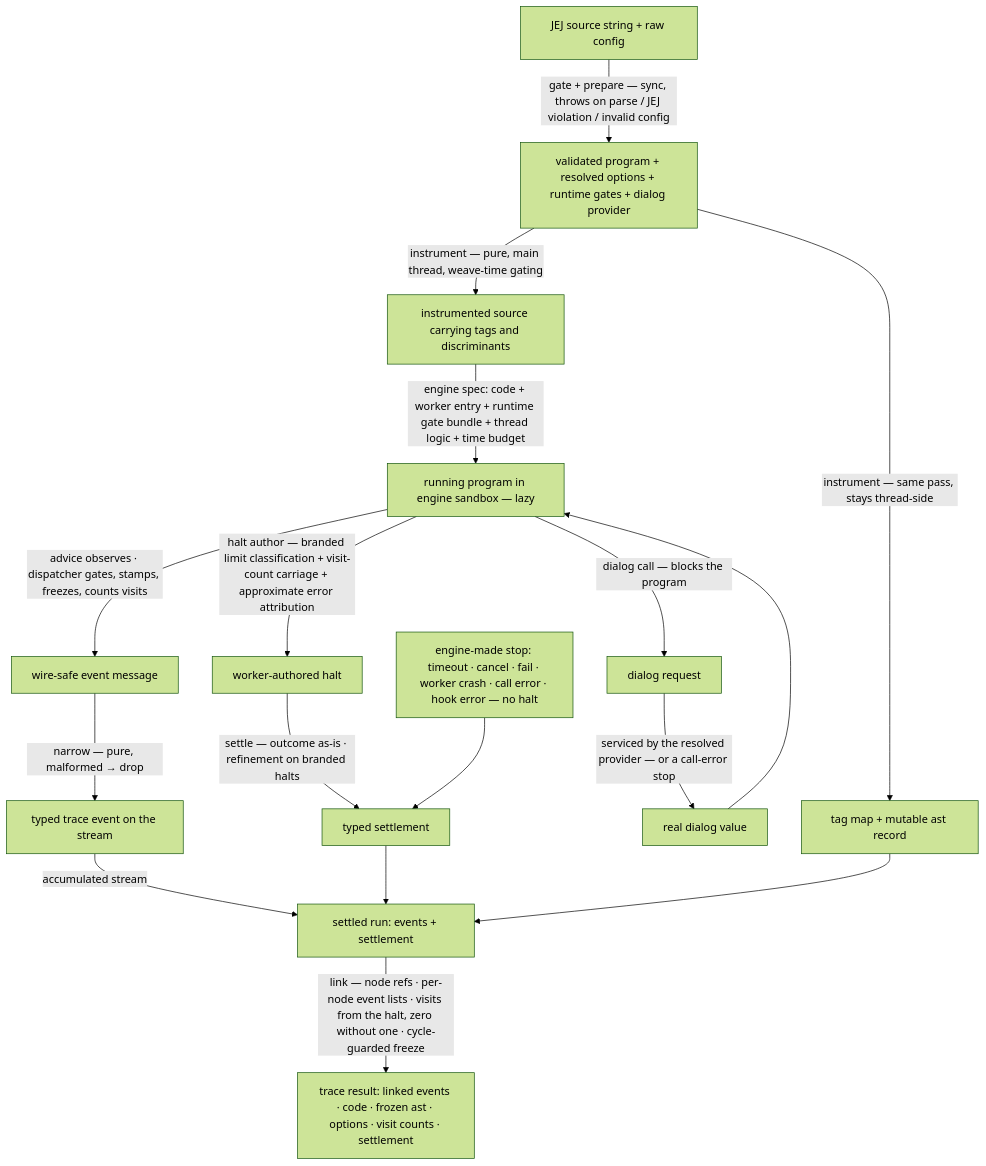
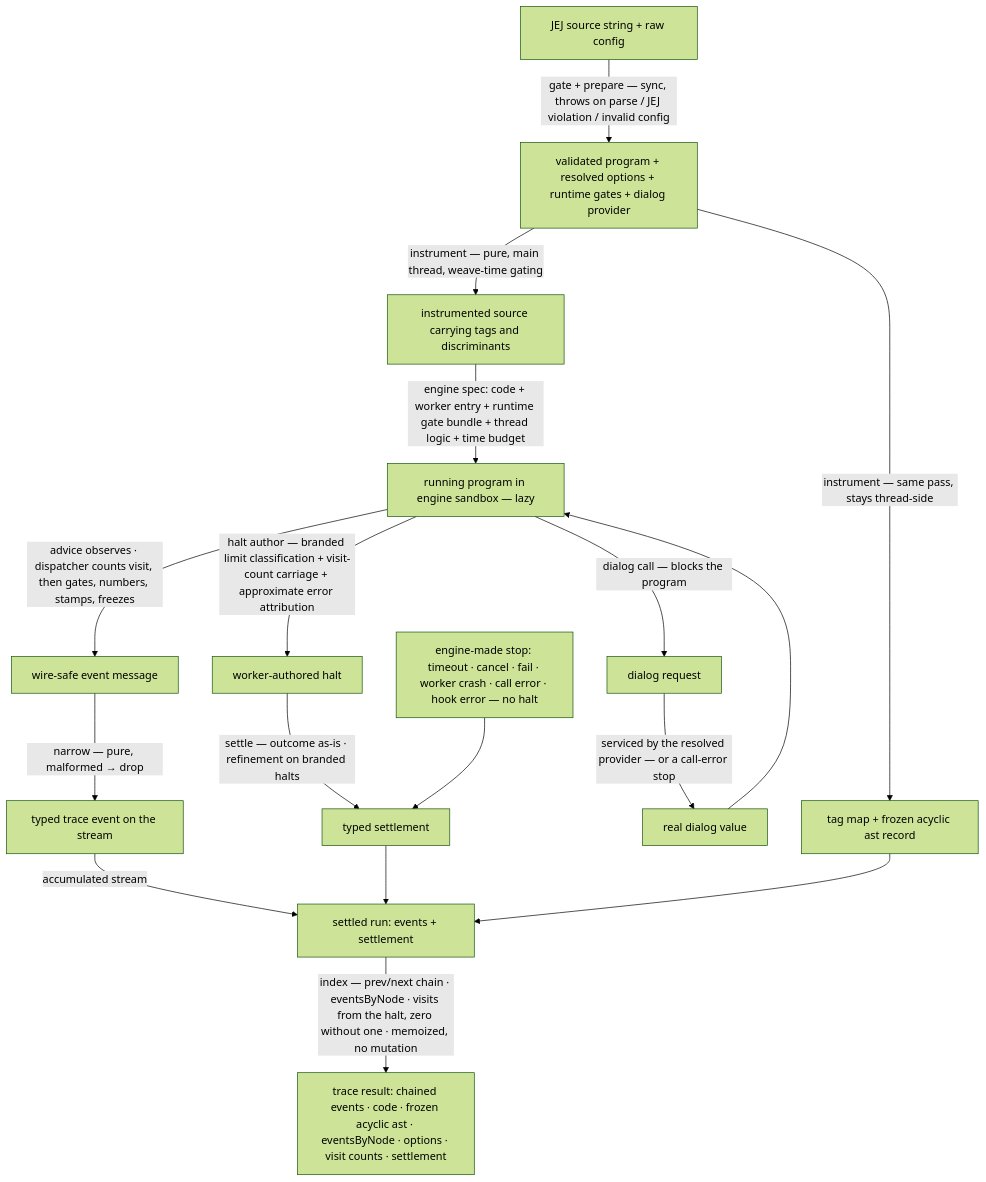
One commit to codeschoolinabox/curricula changed the diagram in src/lib/study-lenses/embody/lib/evaluating/trace/semantics/DOCS.md. Above: the diagram before and after it, drawn with Mermaid (forest theme). The commit also changed other lines of this file and 7 other files, not shown here.

````diff
--- a/src/lib/study-lenses/embody/lib/evaluating/trace/semantics/DOCS.md
+++ b/src/lib/study-lenses/embody/lib/evaluating/trace/semantics/DOCS.md
@@ -70,19 +79,19 @@
 ```mermaid
 flowchart TD
     SRC[JEJ source string + raw config] -->|gate + prepare — sync, throws on parse / JEJ violation / invalid config| VALID[validated program + resolved options + runtime gates + dialog provider]
     VALID -->|instrument — pure, main thread, weave-time gating| CODE[instrumented source carrying tags and discriminants]
-    VALID -->|instrument — same pass, stays thread-side| RECORD[tag map + mutable ast record]
+    VALID -->|instrument — same pass, stays thread-side| RECORD[tag map + frozen acyclic ast record]
     CODE -->|engine spec: code + worker entry + runtime gate bundle + thread logic + time budget| RUN[running program in engine sandbox — lazy]
-    RUN -->|advice observes · dispatcher gates, stamps, freezes, counts visits| MSG[wire-safe event message]
+    RUN -->|advice observes · dispatcher counts visit, then gates, numbers, stamps, freezes| MSG[wire-safe event message]
     MSG -->|narrow — pure, malformed → drop| EVENT[typed trace event on the stream]
     RUN -->|dialog call — blocks the program| REQ[dialog request]
     REQ -->|serviced by the resolved provider — or a call-error stop| VAL[real dialog value]
     VAL --> RUN
     RUN -->|halt author — branded limit classification + visit-count carriage + approximate error attribution| HALT[worker-authored halt]
     HALT -->|settle — outcome as-is · refinement on branded halts| SETTLEMENT[typed settlement]
     STOP[engine-made stop: timeout · cancel · fail · worker crash · call error · hook error — no halt] --> SETTLEMENT
     EVENT -->|accumulated stream| LINKIN[settled run: events + settlement]
     SETTLEMENT --> LINKIN
     RECORD --> LINKIN
-    LINKIN -->|link — node refs · per-node event lists · visits from the halt, zero without one · cycle-guarded freeze| RESULT[trace result: linked events · code · frozen ast · options · visit counts · settlement]
+    LINKIN -->|index — prev/next chain · eventsByNode · visits from the halt, zero without one · memoized, no mutation| RESULT[trace result: chained events · code · frozen acyclic ast · eventsByNode · options · visit counts · settlement]
 ```
````
